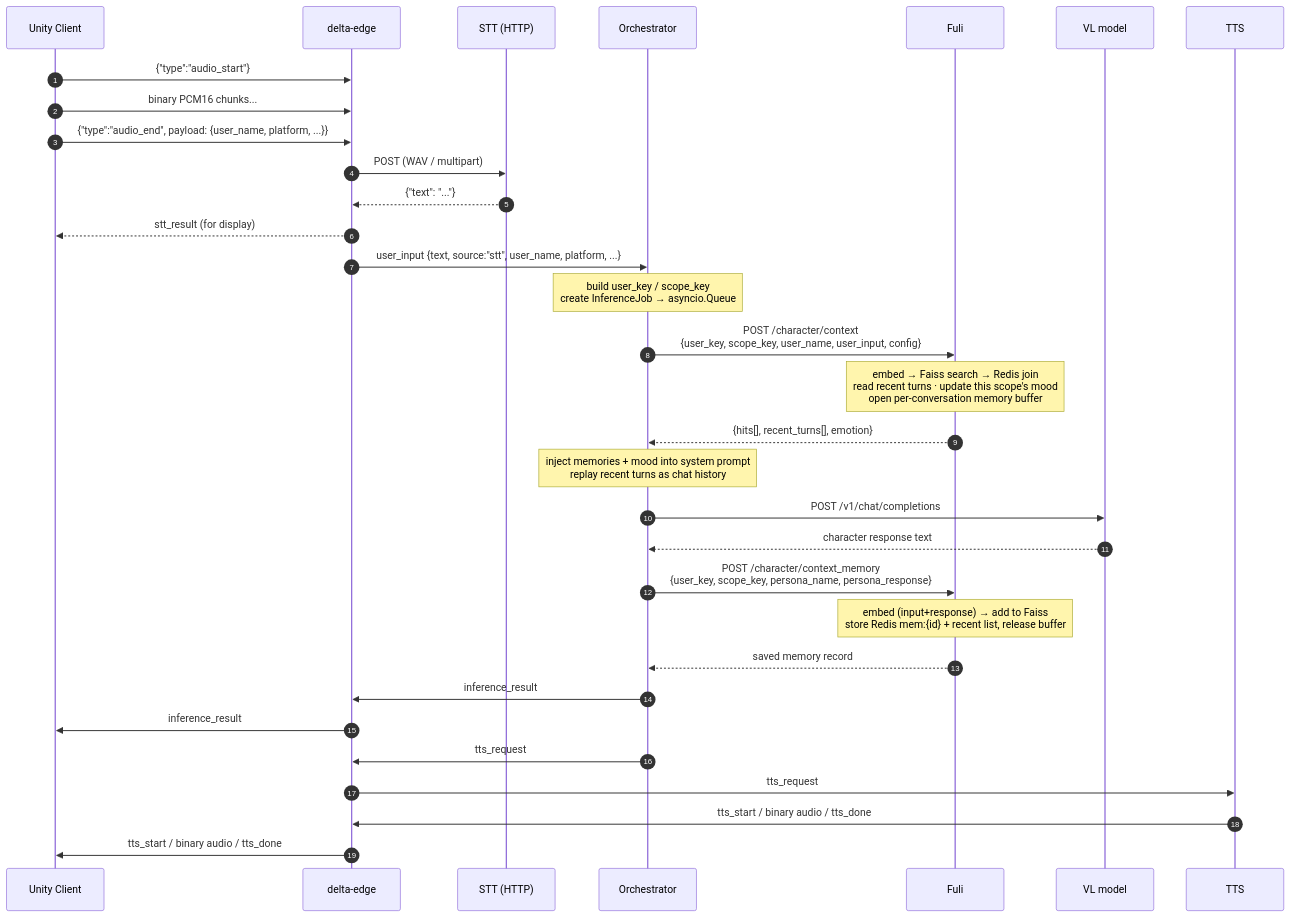
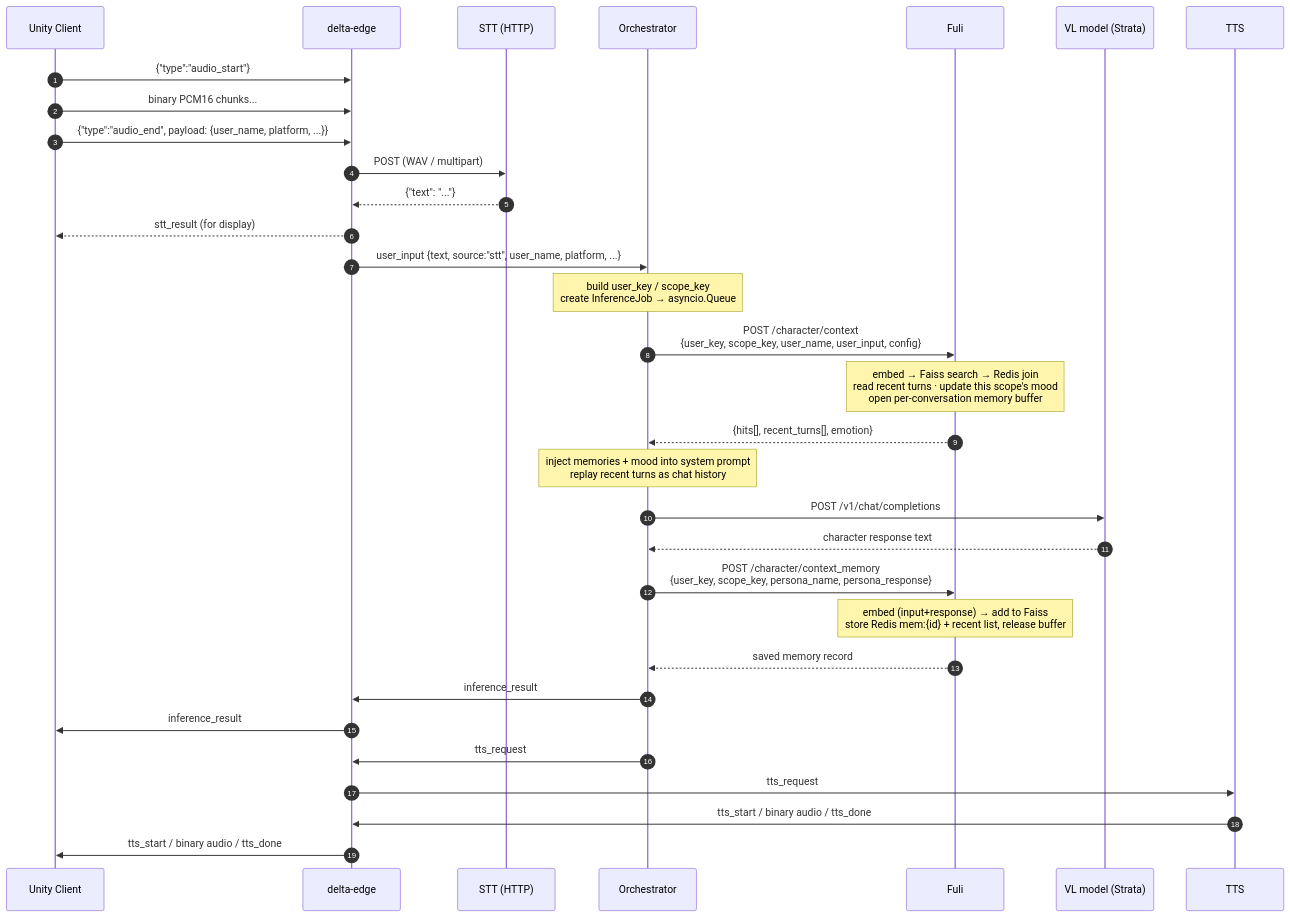
The second of 9 diagrams in README.md (deltaAnima/Project_deltaAnima), drawn with Mermaid before and after one commit. The commit also changed other lines of this file, not shown here.

Commit message:
Update README to reflect Strata model changes

````diff
--- a/README.md
+++ b/README.md
@@ -174,36 +173,36 @@
 ```mermaid
 sequenceDiagram
     autonumber
     participant U as Unity Client
     participant E as delta-edge
     participant S as STT (HTTP)
     participant O as Orchestrator
     participant F as Fuli
-    participant V as VL model
+    participant V as VL model (Strata)
     participant T as TTS
 
     U->>E: {"type":"audio_start"}
     U->>E: binary PCM16 chunks...
     U->>E: {"type":"audio_end", payload: {user_name, platform, ...}}
     E->>S: POST (WAV / multipart)
     S-->>E: {"text": "..."}
     E-->>U: stt_result (for display)
     E->>O: user_input {text, source:"stt", user_name, platform, ...}
 
     Note over O: build user_key / scope_key<br/>create InferenceJob → asyncio.Queue
     O->>F: POST /character/context<br/>{user_key, scope_key, user_name, user_input, config}
     Note over F: embed → Faiss search → Redis join<br/>read recent turns · update this scope's mood<br/>open per-conversation memory buffer
     F-->>O: {hits[], recent_turns[], emotion}
     Note over O: inject memories + mood into system prompt<br/>replay recent turns as chat history
     O->>V: POST /v1/chat/completions
     V-->>O: character response text
     O->>F: POST /character/context_memory<br/>{user_key, scope_key, persona_name, persona_response}
     Note over F: embed (input+response) → add to Faiss<br/>store Redis mem:{id} + recent list, release buffer
     F-->>O: saved memory record
     O->>E: inference_result
     E->>U: inference_result
     O->>E: tts_request
     E->>T: tts_request
     T->>E: tts_start / binary audio / tts_done
     E->>U: tts_start / binary audio / tts_done
 ```
````
